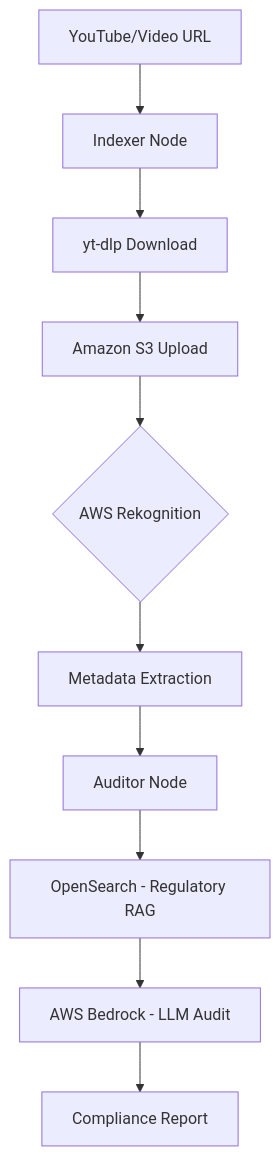
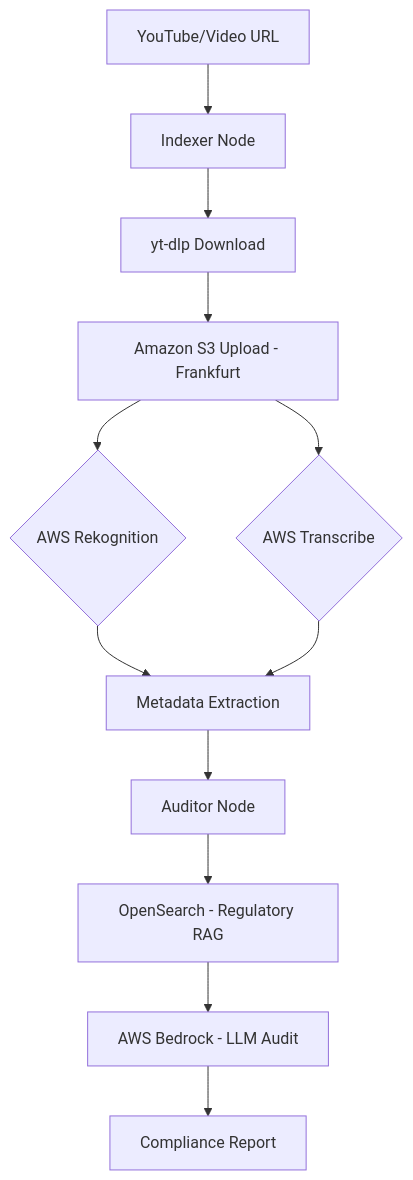
One commit to ankushsingh003/BotoCop---RAG---YoutubeVid-Compliance changed the diagram in README.md. Above: the diagram before and after it, drawn with Mermaid. The commit also changed other lines of this file and 24 other files, not shown here.

````diff
--- a/README.md
+++ b/README.md
@@ -32,12 +35,14 @@
 ```mermaid
 graph TD
     A[YouTube/Video URL] --> B[Indexer Node]
     B --> C[yt-dlp Download]
-    C --> D[Amazon S3 Upload]
+    C --> D[Amazon S3 Upload - Frankfurt]
     D --> E{AWS Rekognition}
-    E --> F[Metadata Extraction]
-    F --> G[Auditor Node]
-    G --> H[OpenSearch - Regulatory RAG]
-    H --> I[AWS Bedrock - LLM Audit]
-    I --> J[Compliance Report]
+    D --> F{AWS Transcribe}
+    E --> G[Metadata Extraction]
+    F --> G
+    G --> H[Auditor Node]
+    H --> I[OpenSearch - Regulatory RAG]
+    I --> J[AWS Bedrock - LLM Audit]
+    J --> K[Compliance Report]
 ```
````
